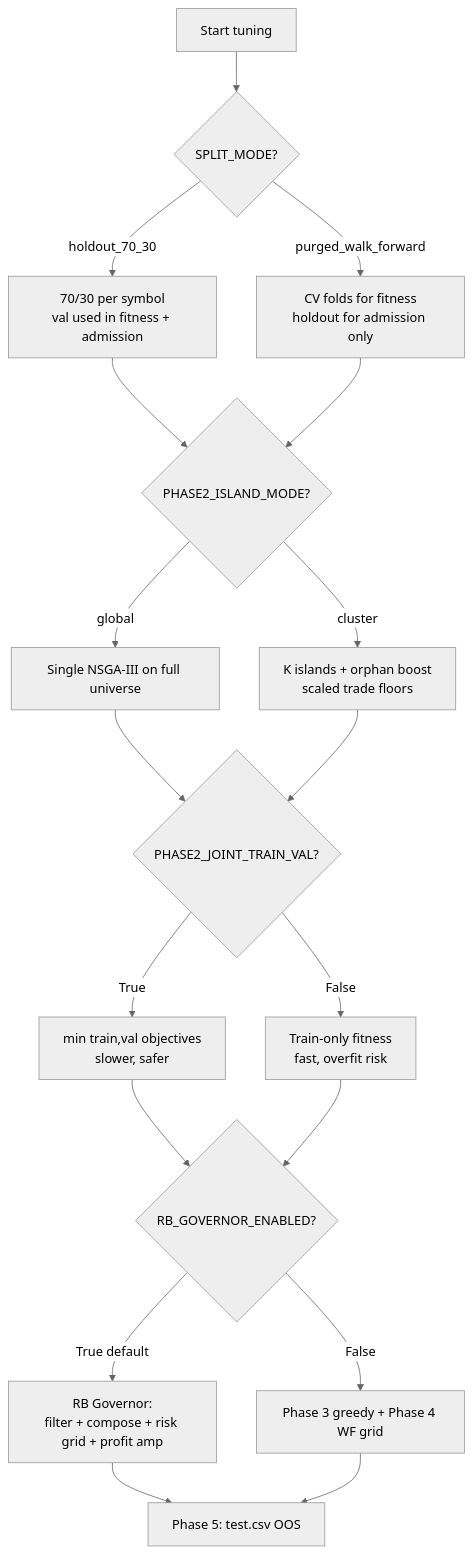
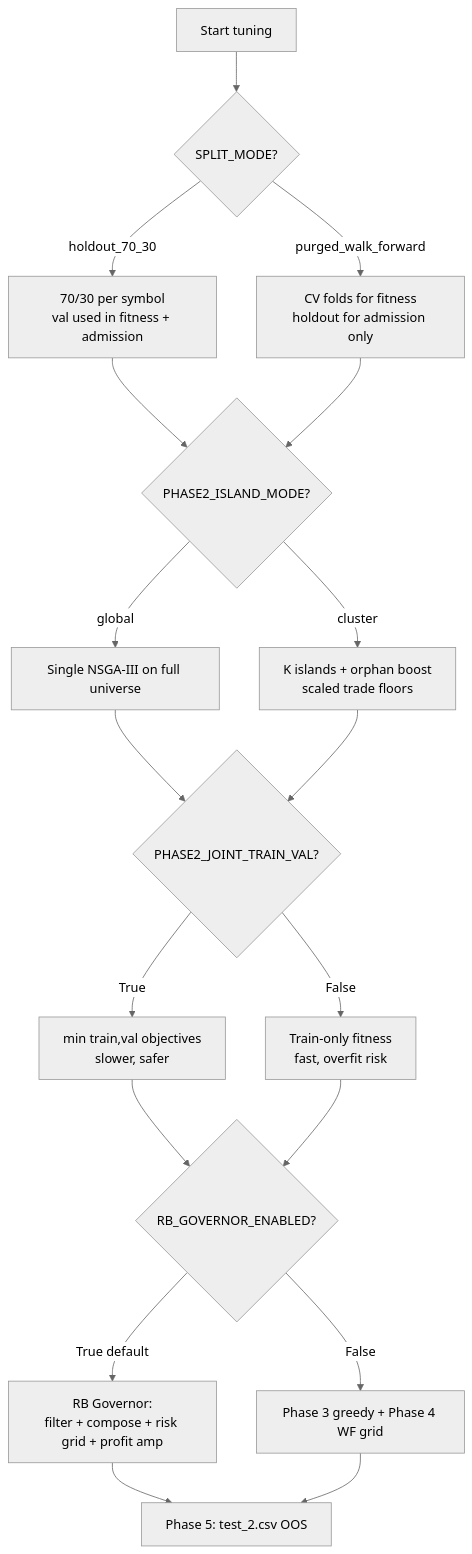
One commit to m-danaee/trading_platform changed the first of 3 diagrams in README.md. Above: the diagram before and after it, drawn with Mermaid (neutral theme). The commit also changed other lines of this file and 18 other files, not shown here.

````diff
--- a/README.md
+++ b/README.md
@@ -31,27 +31,27 @@
 ```mermaid
 flowchart TD
     Start[Start tuning] --> Split{SPLIT_MODE?}
     Split -->|holdout_70_30| H70[70/30 per symbol\nval used in fitness + admission]
     Split -->|purged_walk_forward| Purged[CV folds for fitness\nholdout for admission only]
 
     H70 --> Island{PHASE2_ISLAND_MODE?}
     Purged --> Island
 
     Island -->|global| Global[Single NSGA-III on full universe]
     Island -->|cluster| Cluster[K islands + orphan boost\nscaled trade floors]
 
     Global --> Joint{PHASE2_JOINT_TRAIN_VAL?}
     Cluster --> Joint
 
     Joint -->|True| AntiOverfit[min train,val objectives\nslower, safer]
     Joint -->|False| TrainOnly[Train-only fitness\nfast, overfit risk]
 
     AntiOverfit --> RB{RB_GOVERNOR_ENABLED?}
     TrainOnly --> RB
 
     RB -->|True default| Gov[RB Governor:\nfilter + compose + risk grid + profit amp]
     RB -->|False| Legacy[Phase 3 greedy + Phase 4 WF grid]
 
-    Gov --> P5[Phase 5: test.csv OOS]
+    Gov --> P5[Phase 5: test_2.csv OOS]
     Legacy --> P5
 ```
````
